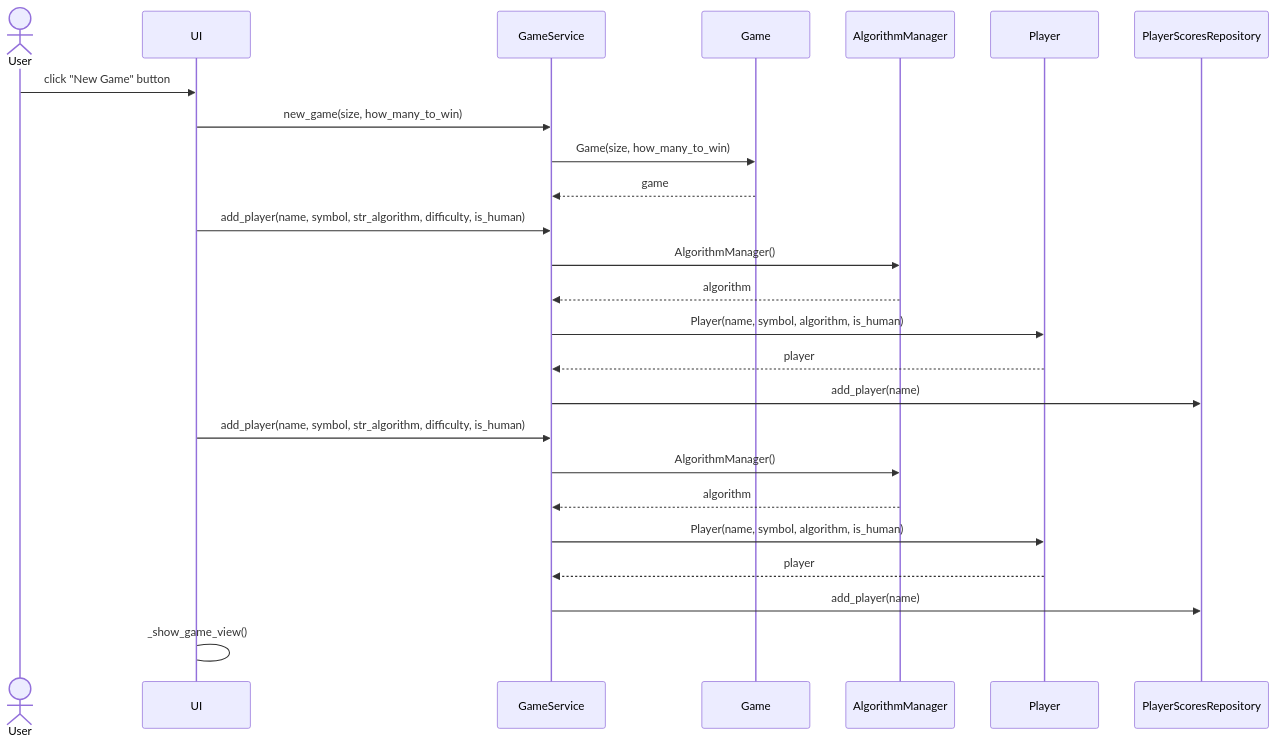
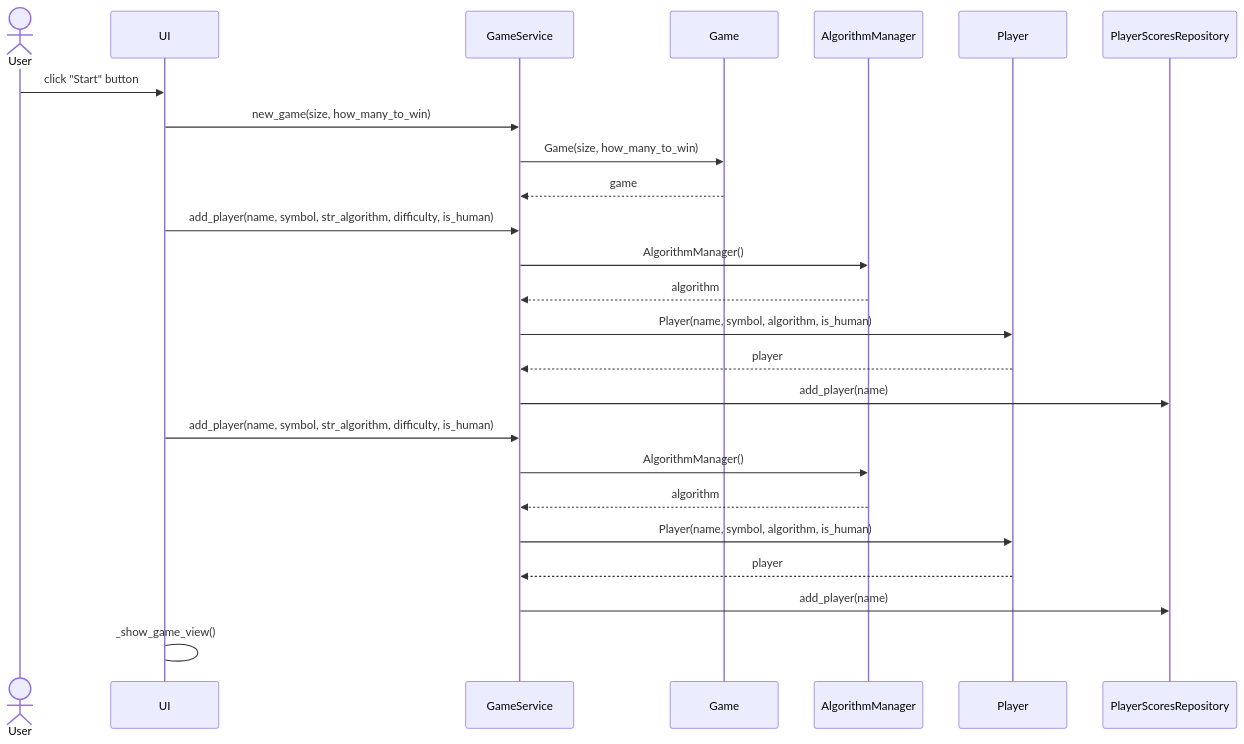
The diagram in dokumentaatio/arkkitehtuuri.md (JonathanHeyno/ot-harjoitustyo), drawn with Mermaid before and after one commit. The commit also changed other lines of this file, not shown here.

````diff
--- a/dokumentaatio/arkkitehtuuri.md
+++ b/dokumentaatio/arkkitehtuuri.md
@@ -51,27 +51,27 @@
 ```mermaid
 sequenceDiagram
   actor User
   participant UI
   participant GameService
   participant Game
   participant AlgorithmManager
   participant Player
   participant PlayerScoresRepository
-  User->>UI: click "New Game" button
+  User->>UI: click "Start" button
   UI->>GameService: new_game(size, how_many_to_win)
   GameService->>Game: Game(size, how_many_to_win)
   Game-->>GameService: game
   UI->>GameService: add_player(name, symbol, str_algorithm, difficulty, is_human)
   GameService->>AlgorithmManager: AlgorithmManager()
   AlgorithmManager-->>GameService: algorithm
   GameService->>Player: Player(name, symbol, algorithm, is_human)
   Player-->>GameService: player
   GameService->>PlayerScoresRepository: add_player(name)
   UI->>GameService: add_player(name, symbol, str_algorithm, difficulty, is_human)
   GameService->>AlgorithmManager: AlgorithmManager()
   AlgorithmManager-->>GameService: algorithm
   GameService->>Player: Player(name, symbol, algorithm, is_human)
   Player-->>GameService: player
   GameService->>PlayerScoresRepository: add_player(name)
   UI->UI: _show_game_view()
 ```
````
